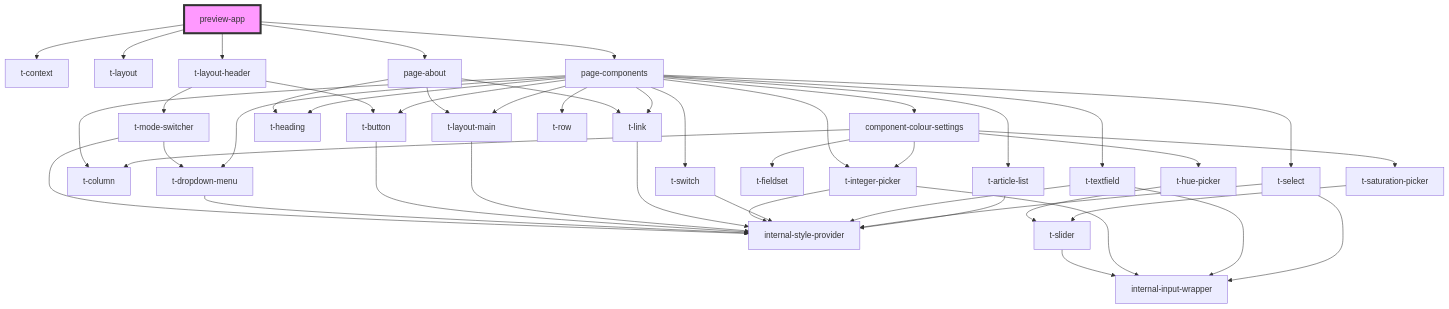
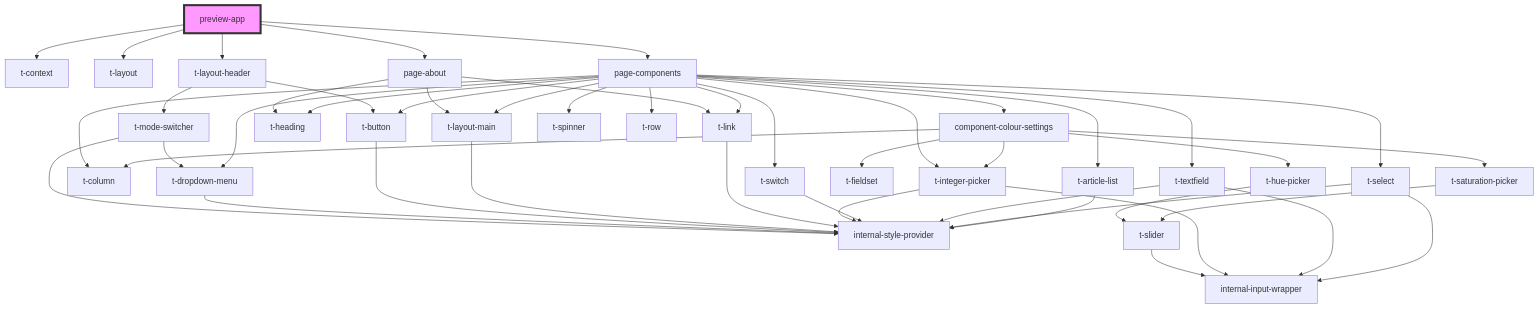
Before and after one commit to TomasEng/web-components: the diagram in packages/stencil/src/preview-app/readme.md, drawn with Mermaid. The commit also changed 3 other files, not shown here.

````diff
--- a/packages/stencil/src/preview-app/readme.md
+++ b/packages/stencil/src/preview-app/readme.md
@@ -19,49 +19,50 @@
 ```mermaid
 graph TD;
   preview-app --> t-context
   preview-app --> t-layout
   preview-app --> t-layout-header
   preview-app --> page-about
   preview-app --> page-components
   t-layout-header --> t-mode-switcher
   t-layout-header --> t-button
   t-mode-switcher --> internal-style-provider
   t-mode-switcher --> t-dropdown-menu
   t-dropdown-menu --> internal-style-provider
   t-button --> internal-style-provider
   page-about --> t-layout-main
   page-about --> t-heading
   page-about --> t-link
   t-layout-main --> internal-style-provider
   t-link --> internal-style-provider
   page-components --> t-layout-main
   page-components --> component-colour-settings
   page-components --> t-heading
   page-components --> t-button
   page-components --> t-column
   page-components --> t-switch
   page-components --> t-integer-picker
   page-components --> t-textfield
   page-components --> t-select
   page-components --> t-dropdown-menu
   page-components --> t-link
   page-components --> t-article-list
+  page-components --> t-spinner
   page-components --> t-row
   component-colour-settings --> t-fieldset
   component-colour-settings --> t-column
   component-colour-settings --> t-hue-picker
   component-colour-settings --> t-saturation-picker
   component-colour-settings --> t-integer-picker
   t-hue-picker --> t-slider
   t-slider --> internal-input-wrapper
   t-saturation-picker --> t-slider
   t-integer-picker --> internal-style-provider
   t-integer-picker --> internal-input-wrapper
   t-switch --> internal-style-provider
   t-textfield --> internal-style-provider
   t-textfield --> internal-input-wrapper
   t-select --> internal-style-provider
   t-select --> internal-input-wrapper
   t-article-list --> internal-style-provider
   style preview-app fill:#f9f,stroke:#333,stroke-width:4px
 ```
````
